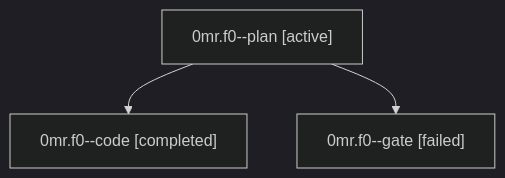
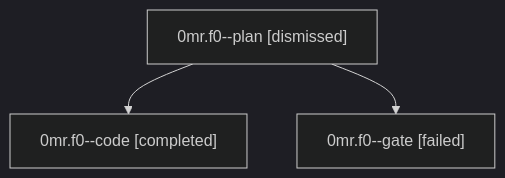
The diagram in sessions/bbugyi200.athena.0mr.f0.md (sase-org/sase--agents), drawn with Mermaid (dark theme) before and after one commit. The commit also changed other lines of this file and 36 other files, not shown here.

````diff
--- a/sessions/bbugyi200.athena.0mr.f0.md
+++ b/sessions/bbugyi200.athena.0mr.f0.md
@@ -9,8 +9,8 @@
 ```mermaid
 flowchart TD
-  n0["0mr.f0--plan [active]"]
+  n0["0mr.f0--plan [dismissed]"]
   n1["0mr.f0--code [completed]"]
   n0 --> n1
   n2["0mr.f0--gate [failed]"]
   n0 --> n2
 ```
````
